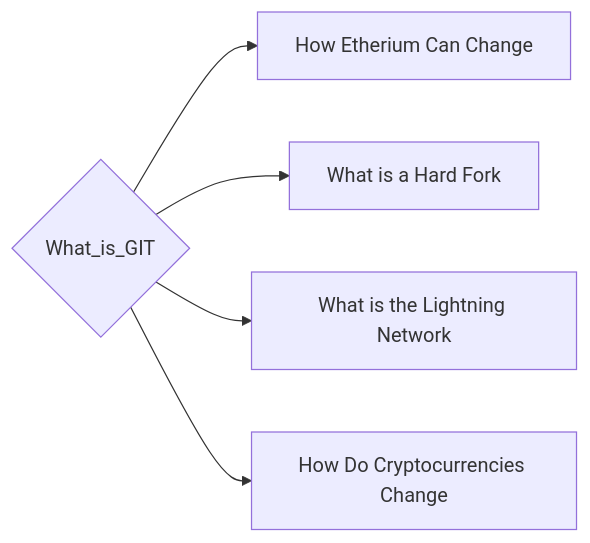
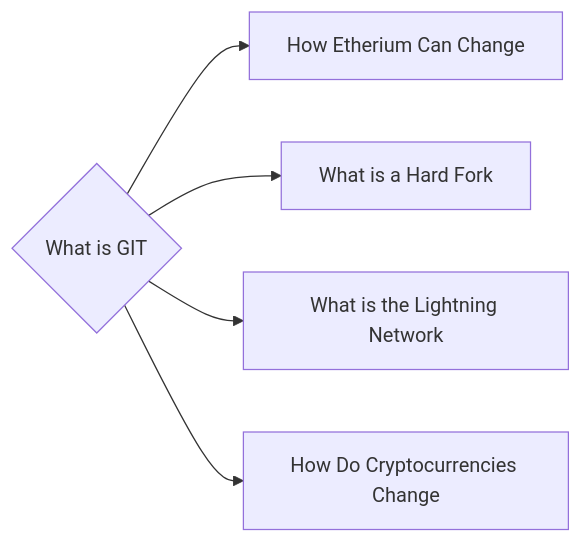
Before and after one commit to lpurdy01/crypto-knowledge-map: the diagram in notes/What_is_GIT.md, drawn with Mermaid. The commit also changed 58 other files, not shown here.

````diff
--- a/notes/What_is_GIT.md
+++ b/notes/What_is_GIT.md
@@ -6,7 +6,7 @@
 ```mermaid
 graph LR
-0{"What_is_GIT"}-->1["How Etherium Can Change"]
-0{"What_is_GIT"}-->2["What is a Hard Fork"]
-0{"What_is_GIT"}-->3["What is the Lightning Network"]
-0{"What_is_GIT"}-->4["How Do Cryptocurrencies Change"]
+0{"What is GIT"}-->1["How Etherium Can Change"]
+0{"What is GIT"}-->2["What is a Hard Fork"]
+0{"What is GIT"}-->3["What is the Lightning Network"]
+0{"What is GIT"}-->4["How Do Cryptocurrencies Change"]
 ```
````
